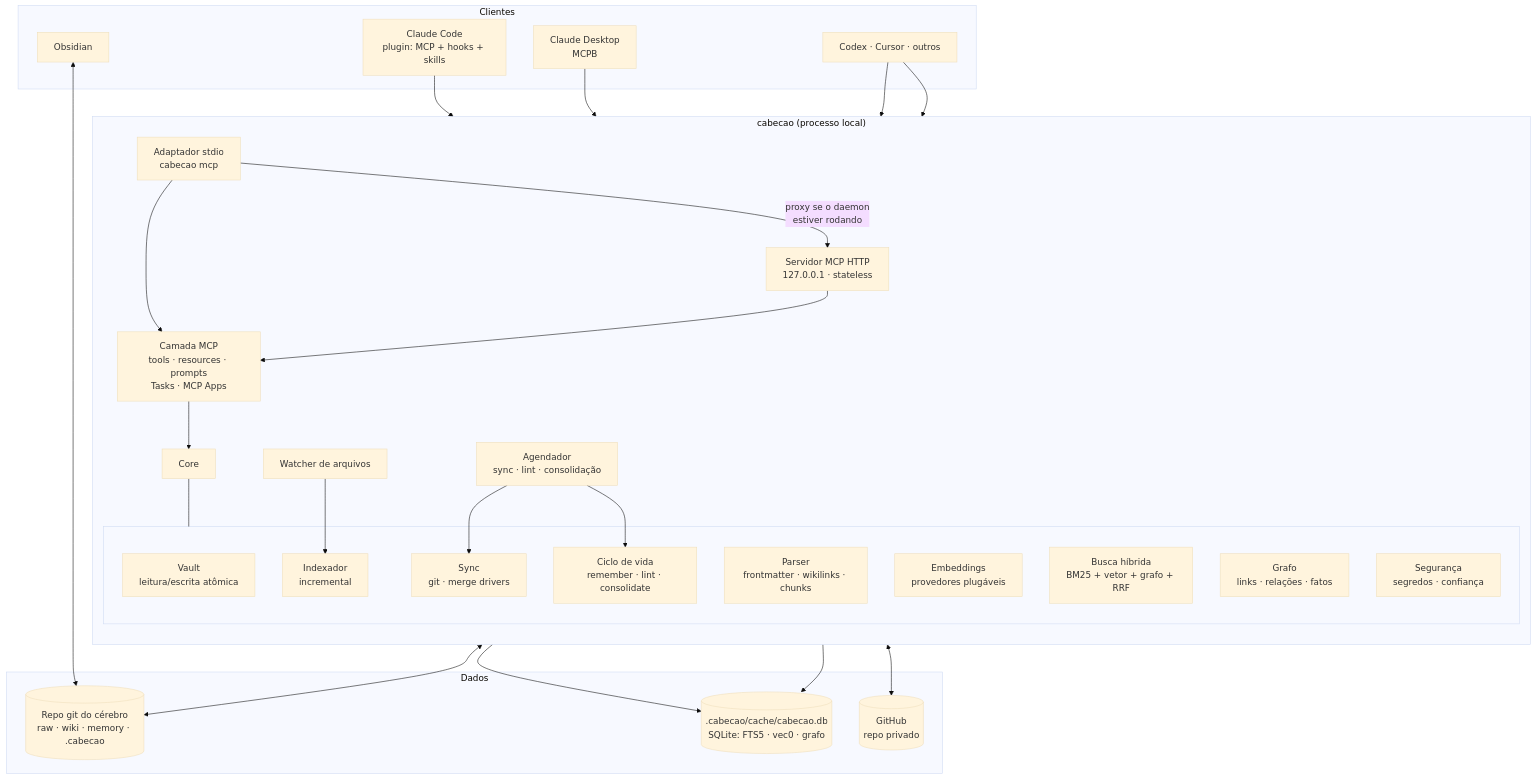
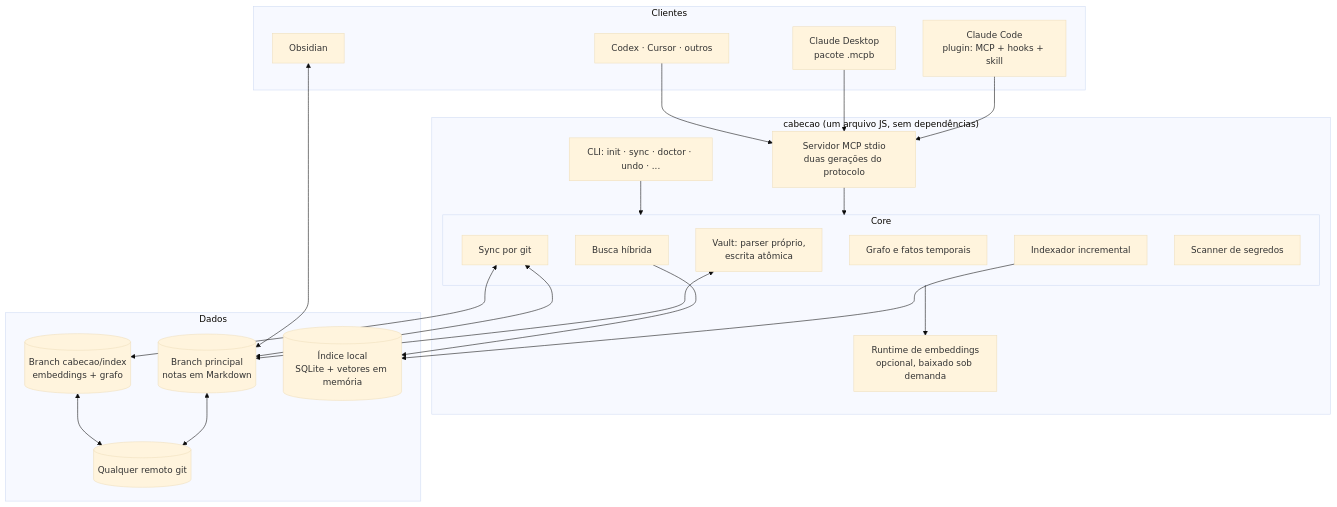
The diagram in docs/02-arquitetura.md (renanloureiroo/cabecao), drawn with Mermaid (base theme) before and after one commit. The commit also changed other lines of this file and 39 other files, not shown here.

````diff
--- a/docs/02-arquitetura.md
+++ b/docs/02-arquitetura.md
@@ -5,54 +5,45 @@
 ```mermaid
 flowchart TB
     subgraph Clientes
-      CC[Claude Code<br/>plugin: MCP + hooks + skills]
-      CD[Claude Desktop<br/>MCPB]
+      CC[Claude Code<br/>plugin: MCP + hooks + skill]
+      CD[Claude Desktop<br/>pacote .mcpb]
       OT[Codex · Cursor · outros]
       OB[Obsidian]
     end
 
-    subgraph Cabecao["cabecao (processo local)"]
-      direction TB
-      ADP[Adaptador stdio<br/>cabecao mcp]
-      HTTP[Servidor MCP HTTP<br/>127.0.0.1 · stateless]
-      MCP[Camada MCP<br/>tools · resources · prompts<br/>Tasks · MCP Apps]
-      CORE[Core]
-      subgraph CoreMods[" "]
-        VA[Vault<br/>leitura/escrita atômica]
-        PA[Parser<br/>frontmatter · wikilinks · chunks]
-        IX[Indexador<br/>incremental]
-        EM[Embeddings<br/>provedores plugáveis]
-        SE[Busca híbrida<br/>BM25 + vetor + grafo + RRF]
-        GR[Grafo<br/>links · relações · fatos]
-        LC[Ciclo de vida<br/>remember · lint · consolidate]
-        SY[Sync<br/>git · merge drivers]
-        SEC[Segurança<br/>segredos · confiança]
+    subgraph Cabecao["cabecao (um arquivo JS, sem dependências)"]
+      MCP[Servidor MCP stdio<br/>duas gerações do protocolo]
+      CLI[CLI: init · sync · doctor · undo · ...]
+      subgraph Core
+        VA[Vault: parser próprio,<br/>escrita atômica]
+        IX[Indexador incremental]
+        SE[Busca híbrida]
+        GR[Grafo e fatos temporais]
+        SY[Sync por git]
+        SEC[Scanner de segredos]
       end
-      W[Watcher de arquivos]
-      SCH[Agendador<br/>sync · lint · consolidação]
+      EM[Runtime de embeddings<br/>opcional, baixado sob demanda]
     end
 
     subgraph Dados
-      REPO[(Repo git do cérebro<br/>raw · wiki · memory · .cabecao)]
-      DB[(.cabecao/cache/cabecao.db<br/>SQLite: FTS5 · vec0 · grafo)]
-      GH[(GitHub<br/>repo privado)]
+      MAIN[(Branch principal<br/>notas em Markdown)]
+      IDX[(Branch cabecao/index<br/>embeddings + grafo)]
+      DB[(Índice local<br/>SQLite + vetores em memória)]
+      REM[(Qualquer remoto git)]
     end
 
-    CC --> ADP
-    CD --> ADP
-    OT --> ADP
-    OT --> HTTP
-    ADP -->|proxy se o daemon<br/>estiver rodando| HTTP
-    ADP --> MCP
-    HTTP --> MCP
-    MCP --> CORE
-    CORE --- CoreMods
-    W --> IX
-    SCH --> SY
-    SCH --> LC
-    VA <--> REPO
+    CC --> MCP
+    CD --> MCP
+    OT --> MCP
+    MCP --> Core
+    CLI --> Core
+    Core --> EM
+    VA <--> MAIN
+    SY <--> MAIN
+    SY <--> IDX
     IX --> DB
     SE --> DB
-    SY <--> GH
-    OB <--> REPO
+    MAIN <--> REM
+    IDX <--> REM
+    OB <--> MAIN
 ```
````
